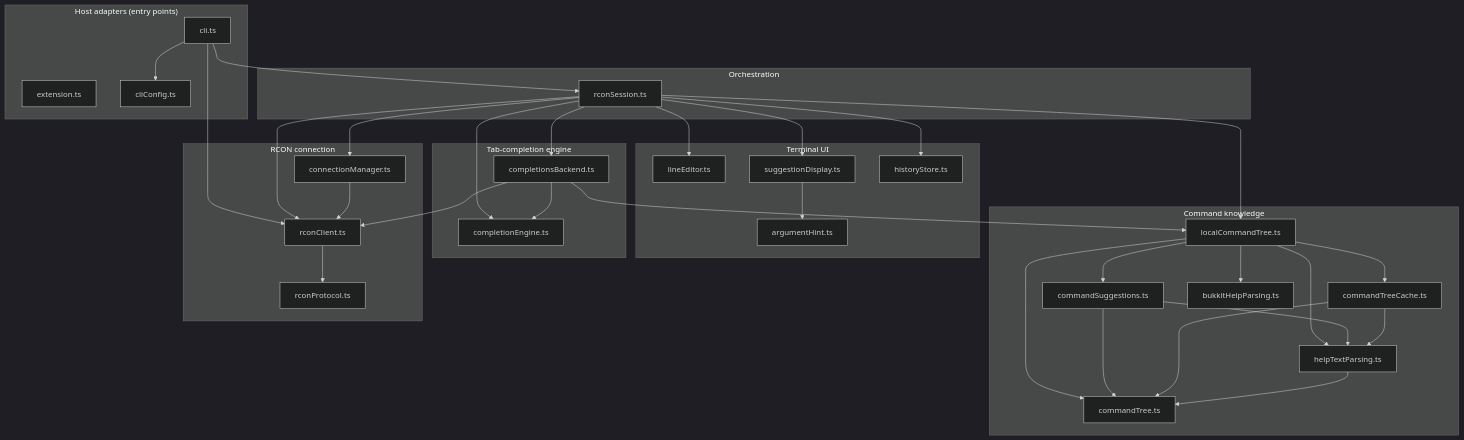
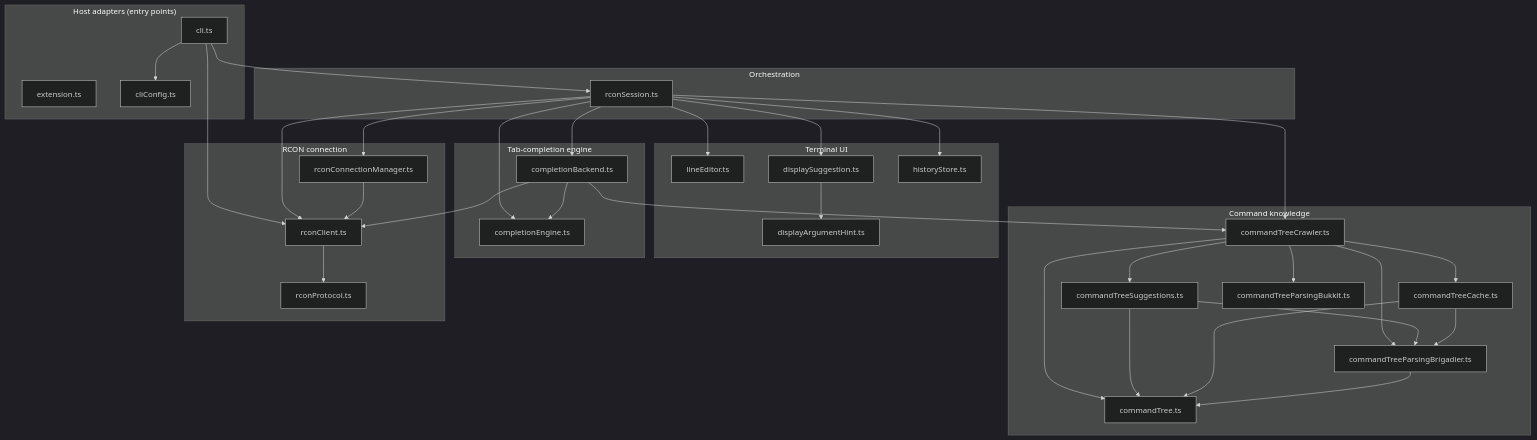
The diagram in docs/ARCHITECTURE.md (xton/minercon), drawn with Mermaid (dark theme) before and after one commit. The commit also changed other lines of this file and 30 other files, not shown here.

First line of the commit message:
Rename modules into prefix-grouped clusters (commandTree*, rcon*, display*, completion*)

````diff
--- a/docs/ARCHITECTURE.md
+++ b/docs/ARCHITECTURE.md
@@ -86,72 +86,72 @@
 ```mermaid
 graph TD
     subgraph Adapters["Host adapters (entry points)"]
         extension[extension.ts]
         cli[cli.ts]
         cliConfig[cliConfig.ts]
     end
 
     subgraph Orchestration
         rconSession[rconSession.ts]
     end
 
     subgraph UI["Terminal UI"]
         lineEditor[lineEditor.ts]
-        suggestionDisplay[suggestionDisplay.ts]
-        argumentHint[argumentHint.ts]
+        displaySuggestion[displaySuggestion.ts]
+        displayArgumentHint[displayArgumentHint.ts]
         historyStore[historyStore.ts]
     end
 
     subgraph Completion["Tab-completion engine"]
         completionEngine[completionEngine.ts]
-        completionsBackend[completionsBackend.ts]
+        completionBackend[completionBackend.ts]
     end
 
     subgraph Knowledge["Command knowledge"]
         commandTree[commandTree.ts]
-        localCommandTree[localCommandTree.ts]
-        commandSuggestions[commandSuggestions.ts]
+        commandTreeCrawler[commandTreeCrawler.ts]
+        commandTreeSuggestions[commandTreeSuggestions.ts]
         commandTreeCache[commandTreeCache.ts]
-        helpTextParsing[helpTextParsing.ts]
-        bukkitHelpParsing[bukkitHelpParsing.ts]
+        commandTreeParsingBrigadier[commandTreeParsingBrigadier.ts]
+        commandTreeParsingBukkit[commandTreeParsingBukkit.ts]
     end
 
     subgraph Connection["RCON connection"]
-        connectionManager[connectionManager.ts]
+        rconConnectionManager[rconConnectionManager.ts]
         rconClient[rconClient.ts]
         rconProtocol[rconProtocol.ts]
     end
 
     cli --> rconSession
     cli --> cliConfig
     cli --> rconClient
 
-    rconSession --> connectionManager
+    rconSession --> rconConnectionManager
     rconSession --> lineEditor
-    rconSession --> suggestionDisplay
+    rconSession --> displaySuggestion
     rconSession --> completionEngine
-    rconSession --> completionsBackend
-    rconSession --> localCommandTree
+    rconSession --> completionBackend
+    rconSession --> commandTreeCrawler
     rconSession --> historyStore
     rconSession --> rconClient
 
-    suggestionDisplay --> argumentHint
+    displaySuggestion --> displayArgumentHint
 
-    completionsBackend --> completionEngine
-    completionsBackend --> localCommandTree
-    completionsBackend --> rconClient
+    completionBackend --> completionEngine
+    completionBackend --> commandTreeCrawler
+    completionBackend --> rconClient
 
-    localCommandTree --> commandSuggestions
-    localCommandTree --> commandTreeCache
-    localCommandTree --> helpTextParsing
-    localCommandTree --> bukkitHelpParsing
-    localCommandTree --> commandTree
-    commandSuggestions --> commandTree
+    commandTreeCrawler --> commandTreeSuggestions
+    commandTreeCrawler --> commandTreeCache
+    commandTreeCrawler --> commandTreeParsingBrigadier
+    commandTreeCrawler --> commandTreeParsingBukkit
+    commandTreeCrawler --> commandTree
+    commandTreeSuggestions --> commandTree
     commandTreeCache --> commandTree
-    helpTextParsing --> commandTree
-    commandSuggestions --> helpTextParsing
-    commandTreeCache --> helpTextParsing
+    commandTreeParsingBrigadier --> commandTree
+    commandTreeSuggestions --> commandTreeParsingBrigadier
+    commandTreeCache --> commandTreeParsingBrigadier
 
-    connectionManager --> rconClient
+    rconConnectionManager --> rconClient
     rconClient --> rconProtocol
 ```
````
